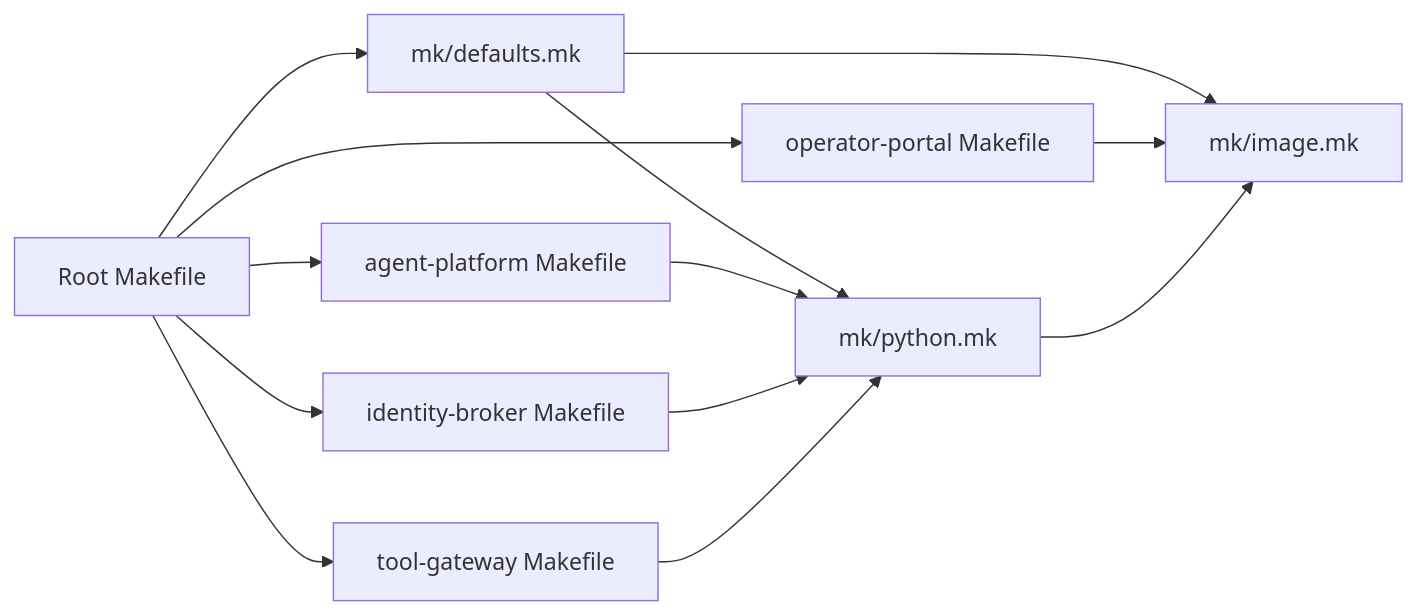
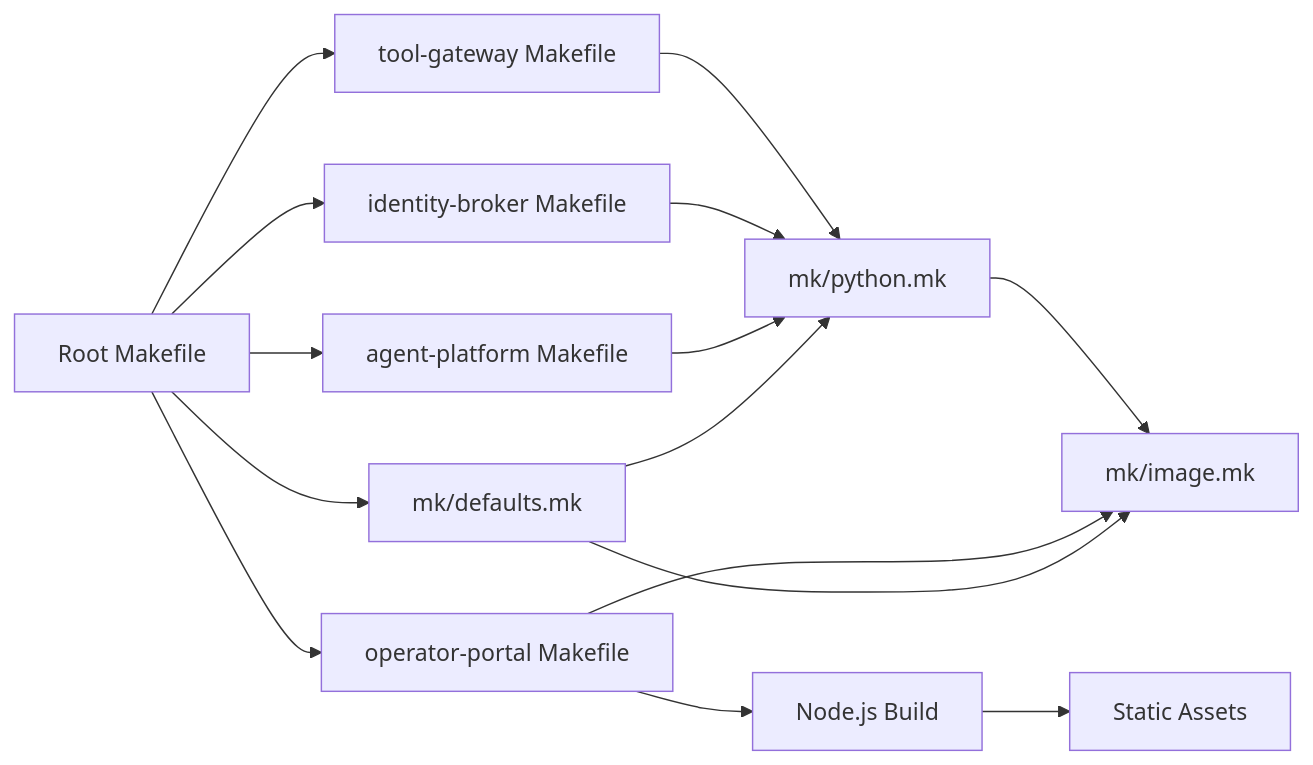
The sixth of 6 diagrams in .qoder/repowiki/en/content/Deployment and Operations/Container Build and Management.md (metasync/luban-aiops), drawn with Mermaid before and after one commit. The commit also changed other lines of this file and 51 other files, not shown here.

````diff
--- a/.qoder/repowiki/en/content/Deployment and Operations/Container Build and Management.md
+++ b/.qoder/repowiki/en/content/Deployment and Operations/Container Build and Management.md
@@ -390,15 +460,17 @@
 ```mermaid
 graph LR
 RootMk["Root Makefile"] --> Defaults["mk/defaults.mk"]
 RootMk --> AP_Mk["agent-platform Makefile"]
 RootMk --> IB_Mk["identity-broker Makefile"]
 RootMk --> OP_Mk["operator-portal Makefile"]
 RootMk --> TG_Mk["tool-gateway Makefile"]
 Defaults --> PyMk["mk/python.mk"]
 Defaults --> ImgMk["mk/image.mk"]
 AP_Mk --> PyMk
 IB_Mk --> PyMk
 OP_Mk --> ImgMk
 TG_Mk --> PyMk
 PyMk --> ImgMk
+OP_Mk --> NodeBuild["Node.js Build"]
+NodeBuild --> WebAssets["Static Assets"]
 ```
````
